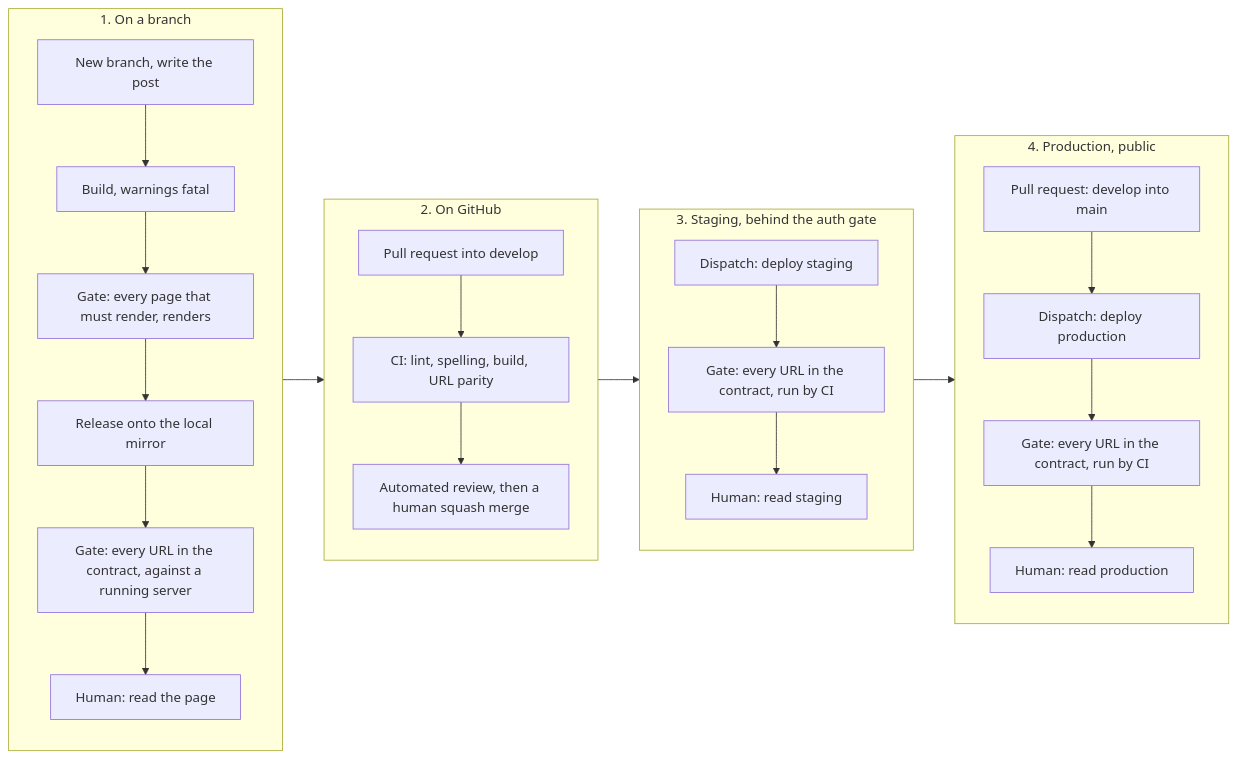
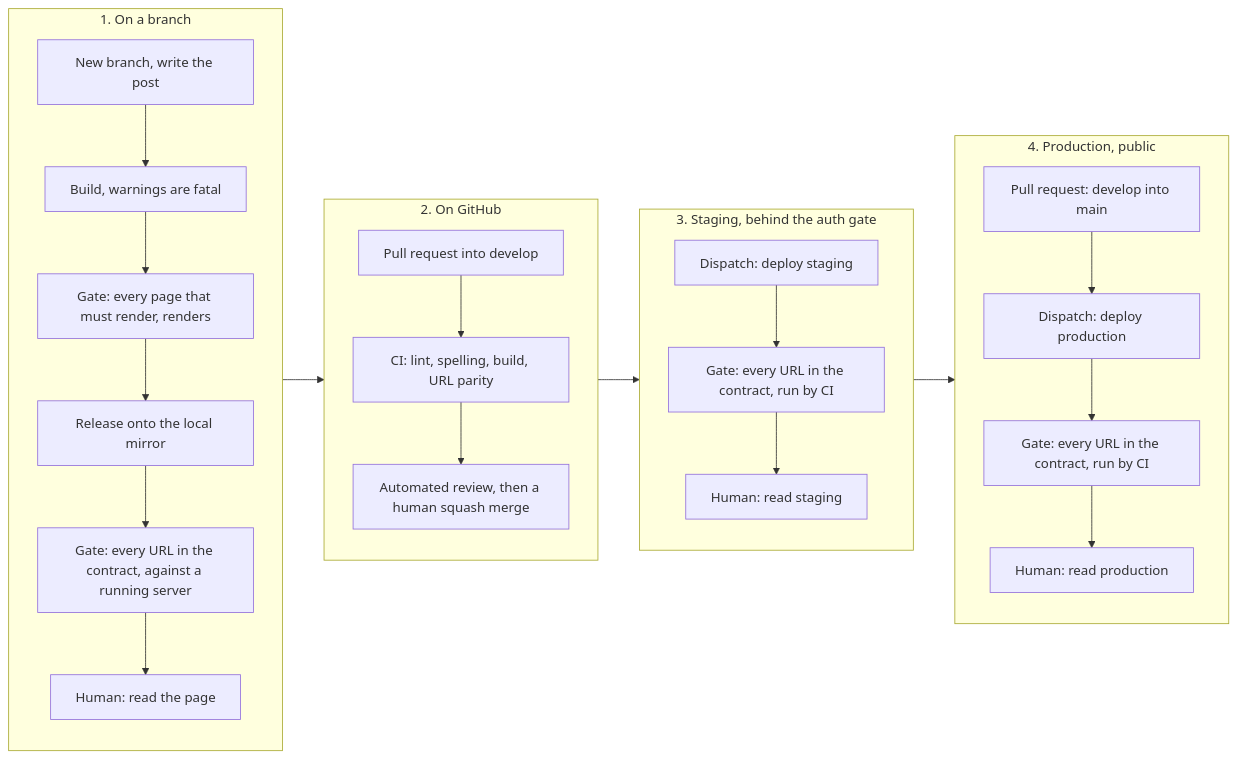
One commit to ptr727/Blog changed the first of 3 diagrams in README.md. Above: the diagram before and after it, drawn with Mermaid. The commit also changed other lines of this file and 1 other file, not shown here.

Commit message:
Clarify three phrasings flagged in review
The strict-build wording used a clipped absolute construction in both the
diagram label and the prose beneath it, and the orphan table's cause and
effect ran together in one comma-spliced cell.

````diff
--- a/README.md
+++ b/README.md
@@ -71,34 +71,34 @@
 ```mermaid
 flowchart LR
   subgraph local["1. On a branch"]
     direction TB
-    w["New branch, write the post"] --> b["Build, warnings fatal"]
+    w["New branch, write the post"] --> b["Build, warnings are fatal"]
     b --> p["Gate: every page that must render, renders"]
     p --> m["Release onto the local mirror"]
     m --> l["Gate: every URL in the contract, against a running server"]
     l --> e1["Human: read the page"]
   end
 
   subgraph gh["2. On GitHub"]
     direction TB
     pr["Pull request into develop"] --> ci["CI: lint, spelling, build, URL parity"]
     ci --> rv["Automated review, then a human squash merge"]
   end
 
   subgraph stg["3. Staging, behind the auth gate"]
     direction TB
     ds["Dispatch: deploy staging"] --> ls["Gate: every URL in the contract, run by CI"]
     ls --> e2["Human: read staging"]
   end
 
   subgraph prd["4. Production, public"]
     direction TB
     pm["Pull request: develop into main"] --> dp["Dispatch: deploy production"]
     dp --> lp["Gate: every URL in the contract, run by CI"]
     lp --> e3["Human: read production"]
   end
 
   e1 --> pr
   rv --> ds
   e2 --> pm
 ```
````
